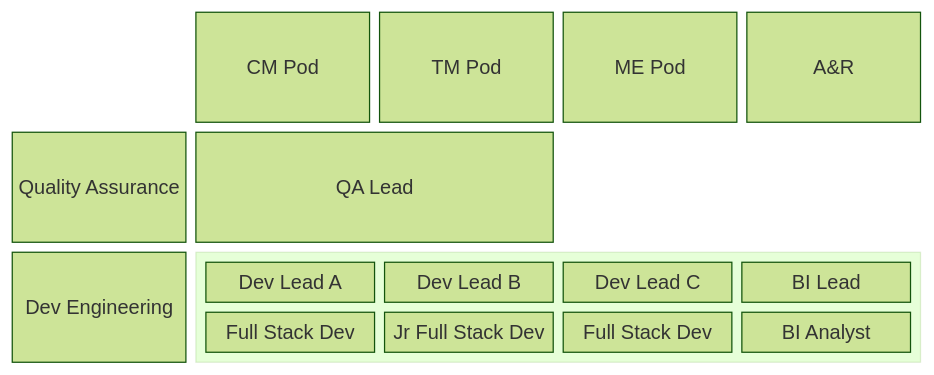
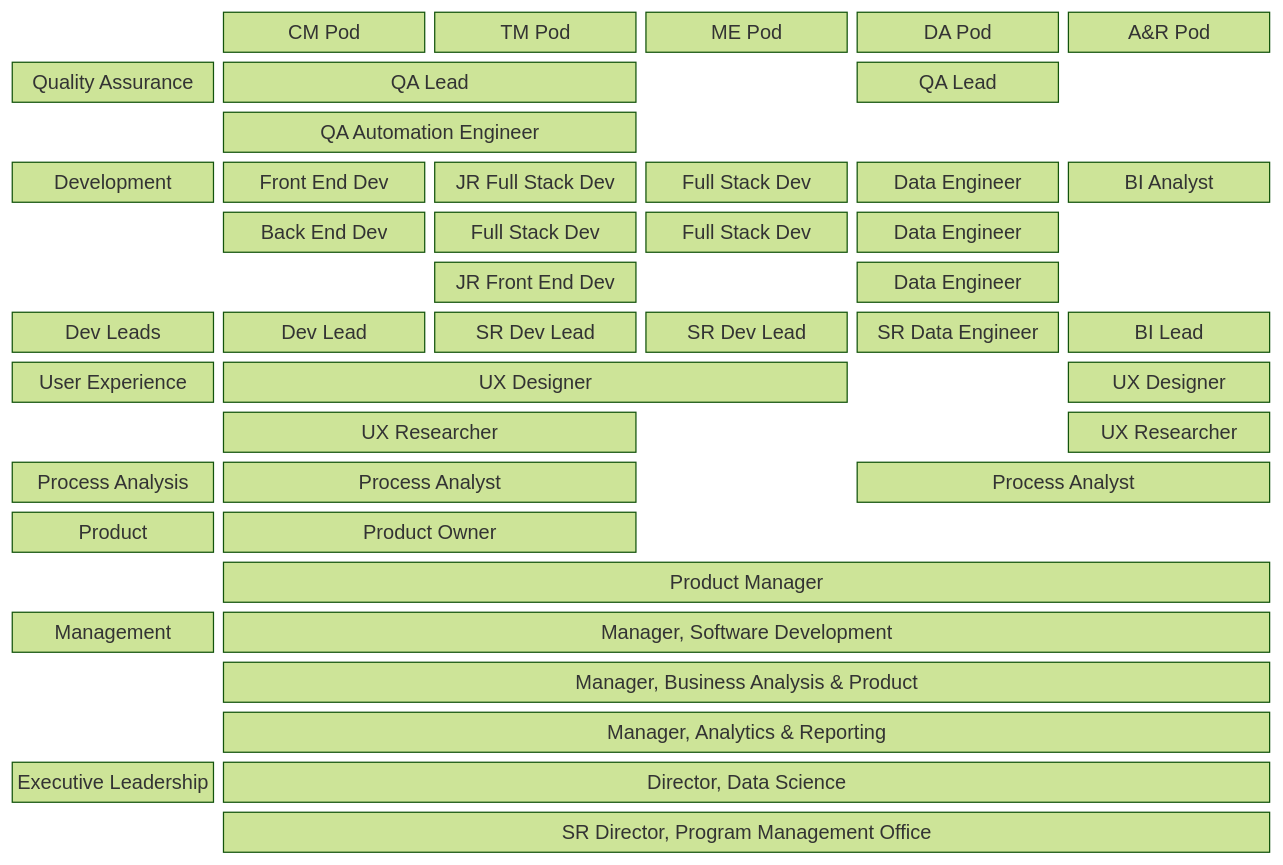
One commit to JaimieLD/portfolio changed the second of 2 diagrams in in_progress_documentation/operating_model.md. Above: the diagram before and after it, drawn with Mermaid (forest theme). The commit also changed other lines of this file, not shown here.

Commit message:
Update operating_model.md
Built out Operational diagram - styling still needed

````diff
--- a/in_progress_documentation/operating_model.md
+++ b/in_progress_documentation/operating_model.md
@@ -79,14 +80,15 @@
 
 block-beta
 
-columns 5
+columns 6
 
 %% pods
 space
 id01["CM Pod"]
 id02["TM Pod"]
 id03["ME Pod"]
-id04["A&R"]
+id04["DA Pod"]
+id05["A&R Pod"]
 %% styling
 %% style id01 fill:#f0f0f0, stroke:#b4b4b4
 %% style id02 fill:#f0f0f0, stroke:#b4b4b4
@@ -94,8 +96,14 @@
 %% style id04 fill:#f0f0f0, stroke:#b4b4b4
 
 %% quality assurance
-id05["Quality Assurance"]
-id06["QA Lead"]:2
+id06["Quality Assurance"]
+id07["QA Lead"]:2
+space
+id08["QA Lead"]
+space
+space
+id09["QA Automation Engineer"]:2
+space
 space
 space
 %% styling
@@ -103,23 +111,78 @@
 %% style id06 fill:#fcdeb1, stroke:#fcd79f
 
 %% dev engineering
-id07["Dev Engineering"]
+%% row 1
+id10["Development"]
+id11["Front End Dev"]
+id12["JR Full Stack Dev"]
+id13["Full Stack Dev"]
+id14["Data Engineer"]
+id15["BI Analyst"]
+%% row 2
+space
+id16["Back End Dev"]
+id17["Full Stack Dev"]
+id18["Full Stack Dev"]
+id19["Data Engineer"]
+space
+%% row 3
+space
+space
+id20["JR Front End Dev"]
+space
+id21["Data Engineer"]
+space
 
-block:group1:4
-columns 4
-id08["Dev Lead A"]
-id09["Dev Lead B"]
-id10["Dev Lead C"]
-id11["BI Lead"]
-id12["Full Stack Dev"]
-id13["Jr Full Stack Dev"]
-id14["Full Stack Dev"]
-id15["BI Analyst"]
-end
+%% dev leads
+id22["Dev Leads"]
+id23["Dev Lead"]
+id24["SR Dev Lead"]
+id25["SR Dev Lead"]
+id26["SR Data Engineer"]
+id27["BI Lead"]
 
-%% data engineering
+%% user experience
+%% row 1
+id28["User Experience"]
+id29["UX Designer"]:3
+space
+id30["UX Designer"]
+%% row 2
+space
+id31["UX Researcher"]:2
+space
+space
+id32["UX Researcher"]
 
+%% process analysis
+id33["Process Analysis"]
+id34["Process Analyst"]:2
+space
+id35["Process Analyst"]:2
 
-%% 
+%% product
+%% row 1
+id36["Product"]
+id37["Product Owner"]:2
+space
+space
+space
+%% row 2
+space
+id38["Product Manager"]:5
+
+%% management team
+id39["Management"]
+id40["Manager, Software Development"]:5
+space
+id41["Manager, Business Analysis & Product"]:5
+space
+id42["Manager, Analytics & Reporting"]:5
+
+%% executive leadership
+id43["Executive Leadership"]
+id44["Director, Data Science"]:5
+space
+id45["SR Director, Program Management Office"]:5
 
 ```
````
